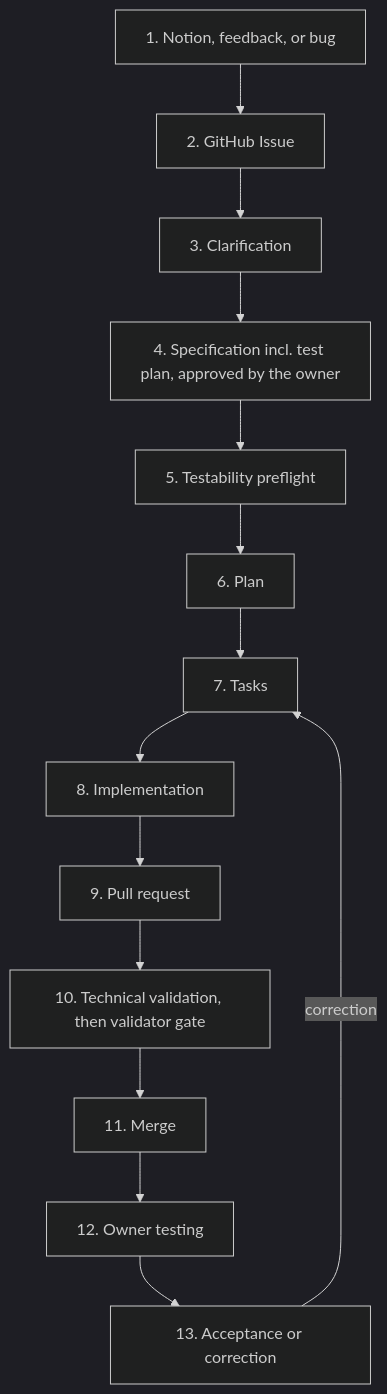
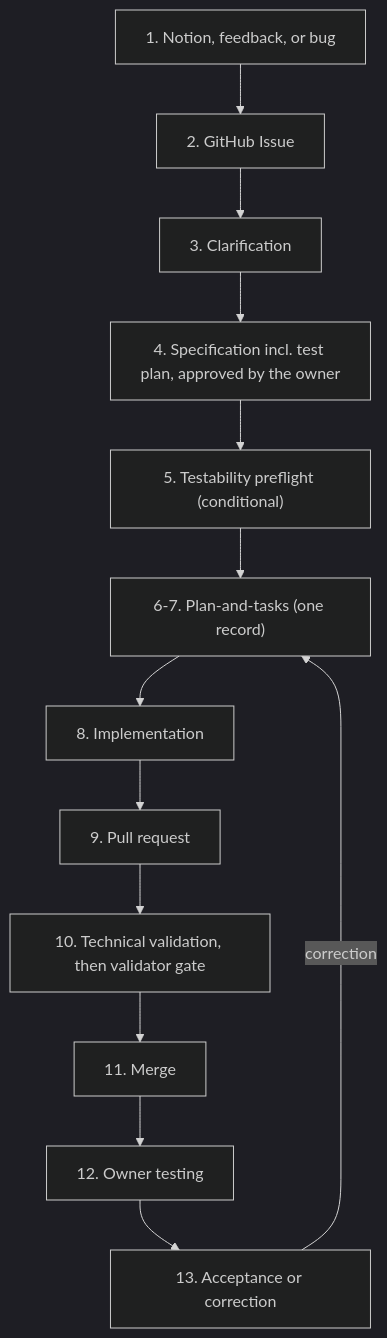
Before and after one commit to taftary/astrolith: the diagram in docs/workflow.md, drawn with Mermaid (dark theme). The commit also changed other lines of this file and 8 other files, not shown here.

Commit message:
Single run, tree-identity post-merge, merged plan-tasks (#203)

````diff
--- a/docs/workflow.md
+++ b/docs/workflow.md
@@ -106,16 +105,15 @@
 ```mermaid
 flowchart TD
     N1["1. Notion, feedback, or bug"] --> N2["2. GitHub Issue"]
     N2 --> N3["3. Clarification"]
     N3 --> N4["4. Specification incl. test plan, approved by the owner"]
-    N4 --> N5["5. Testability preflight"]
-    N5 --> N6["6. Plan"]
-    N6 --> N7["7. Tasks"]
-    N7 --> N8["8. Implementation"]
+    N4 --> N5["5. Testability preflight (conditional)"]
+    N5 --> N6["6-7. Plan-and-tasks (one record)"]
+    N6 --> N8["8. Implementation"]
     N8 --> N9["9. Pull request"]
     N9 --> N10["10. Technical validation, then validator gate"]
     N10 --> N11["11. Merge"]
     N11 --> N12["12. Owner testing"]
     N12 --> N13["13. Acceptance or correction"]
-    N13 -->|"correction"| N7
+    N13 -->|"correction"| N6
 ```
````
